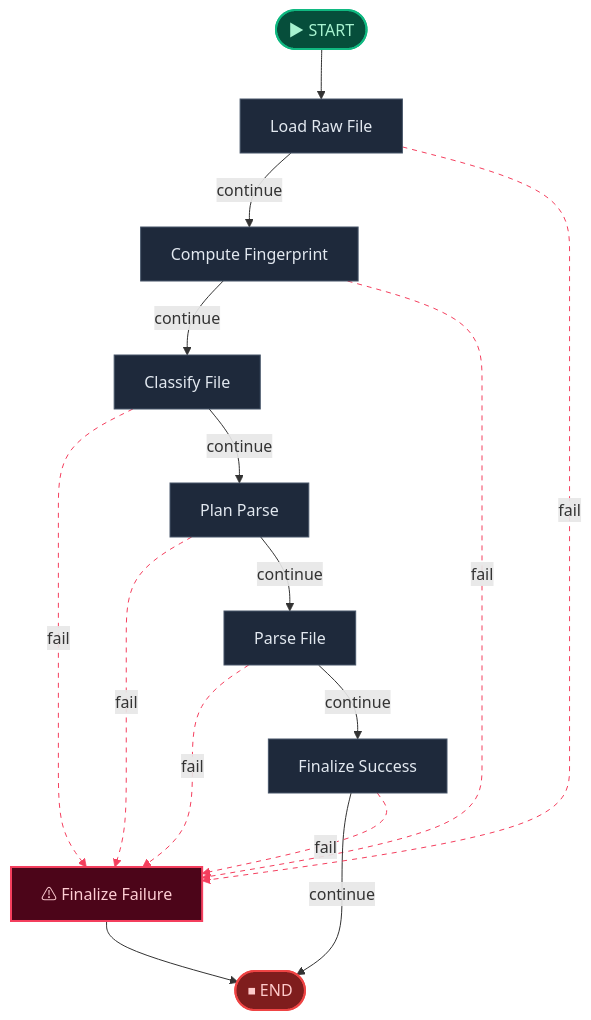
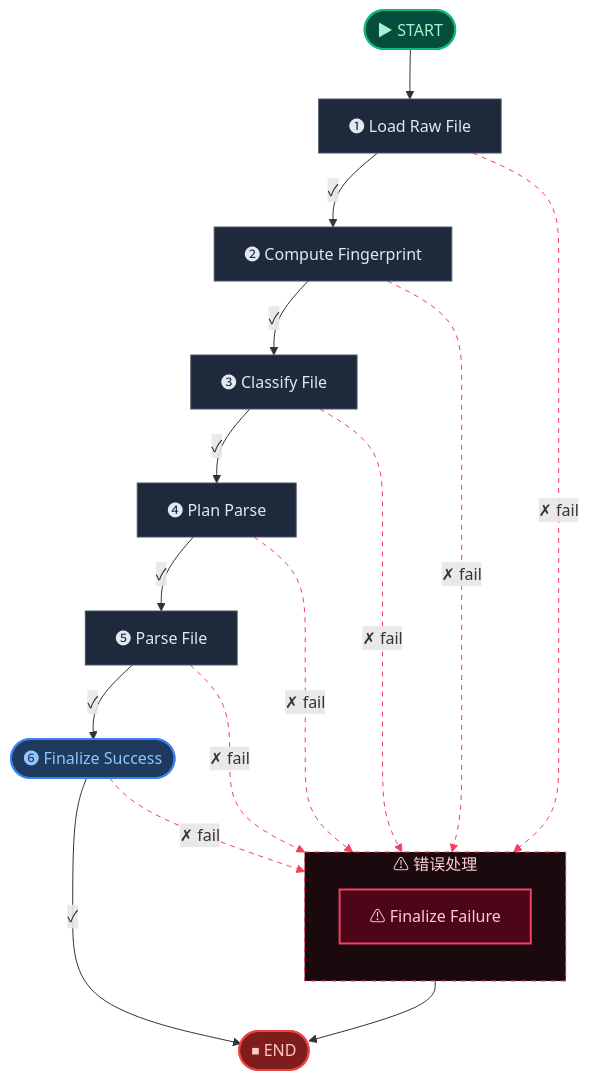
Before and after one commit to aiteachme/AITeachMe: the second of 2 diagrams in backend/scripts/.generated_workflow_diagrams/ingest.md, drawn with Mermaid. The commit also changed other lines of this file and 6 other files, not shown here.

````diff
--- a/backend/scripts/.generated_workflow_diagrams/ingest.md
+++ b/backend/scripts/.generated_workflow_diagrams/ingest.md
@@ -49,37 +69,44 @@
 ```mermaid
 flowchart TD
     __start__(["▶ START"])
-    load_raw_file["Load Raw File"]
-    compute_fingerprint["Compute Fingerprint"]
-    classify_file["Classify File"]
-    plan_parse["Plan Parse"]
-    parse_file["Parse File"]
-    finalize_success["Finalize Success"]
-    finalize_failure["⚠ Finalize Failure"]
+    load_raw_file["❶ Load Raw File"]
+    compute_fingerprint["❷ Compute Fingerprint"]
+    classify_file["❸ Classify File"]
+    plan_parse["❹ Plan Parse"]
+    parse_file["❺ Parse File"]
+    finalize_success(["❻ Finalize Success"])
     __end__(["⏹ END"])
 
+    subgraph error_zone ["⚠ 错误处理"]
+    direction TB
+        finalize_failure["⚠ Finalize Failure"]
+    end
+
     __start__ --> load_raw_file
-    classify_file -. fail .-> finalize_failure
-    classify_file -->|"continue"| plan_parse
-    compute_fingerprint -->|"continue"| classify_file
-    compute_fingerprint -. fail .-> finalize_failure
-    finalize_success -->|"continue"| __end__
-    finalize_success -. fail .-> finalize_failure
-    load_raw_file -->|"continue"| compute_fingerprint
-    load_raw_file -. fail .-> finalize_failure
-    parse_file -. fail .-> finalize_failure
-    parse_file -->|"continue"| finalize_success
-    plan_parse -. fail .-> finalize_failure
-    plan_parse -->|"continue"| parse_file
+    classify_file -. "✗ fail" .-> finalize_failure
+    classify_file -->|"✓"| plan_parse
+    compute_fingerprint -->|"✓"| classify_file
+    compute_fingerprint -. "✗ fail" .-> finalize_failure
+    finalize_success -->|"✓"| __end__
+    finalize_success -. "✗ fail" .-> finalize_failure
+    load_raw_file -->|"✓"| compute_fingerprint
+    load_raw_file -. "✗ fail" .-> finalize_failure
+    parse_file -. "✗ fail" .-> finalize_failure
+    parse_file -->|"✓"| finalize_success
+    plan_parse -. "✗ fail" .-> finalize_failure
+    plan_parse -->|"✓"| parse_file
     finalize_failure --> __end__
 
     %% ── Styling ──
     classDef startCls fill:#064e3b,stroke:#10b981,stroke-width:2px,color:#a7f3d0
     classDef endCls fill:#7f1d1d,stroke:#ef4444,stroke-width:2px,color:#fecaca
     classDef failCls fill:#4c0519,stroke:#f43f5e,stroke-width:2px,color:#fecdd3
+    classDef termCls fill:#1e3a5f,stroke:#3b82f6,stroke-width:2px,color:#93c5fd
     classDef default fill:#1e293b,stroke:#475569,stroke-width:1px,color:#e2e8f0
+    style error_zone fill:#1a0a0e,stroke:#f43f5e,stroke-width:1px,color:#fecdd3,stroke-dasharray:5
     class __start__ startCls
+    class finalize_success termCls
     class finalize_failure failCls
     class __end__ endCls
     linkStyle 1,4,6,8,9,11 stroke:#f43f5e,stroke-dasharray:5
 ```
````
